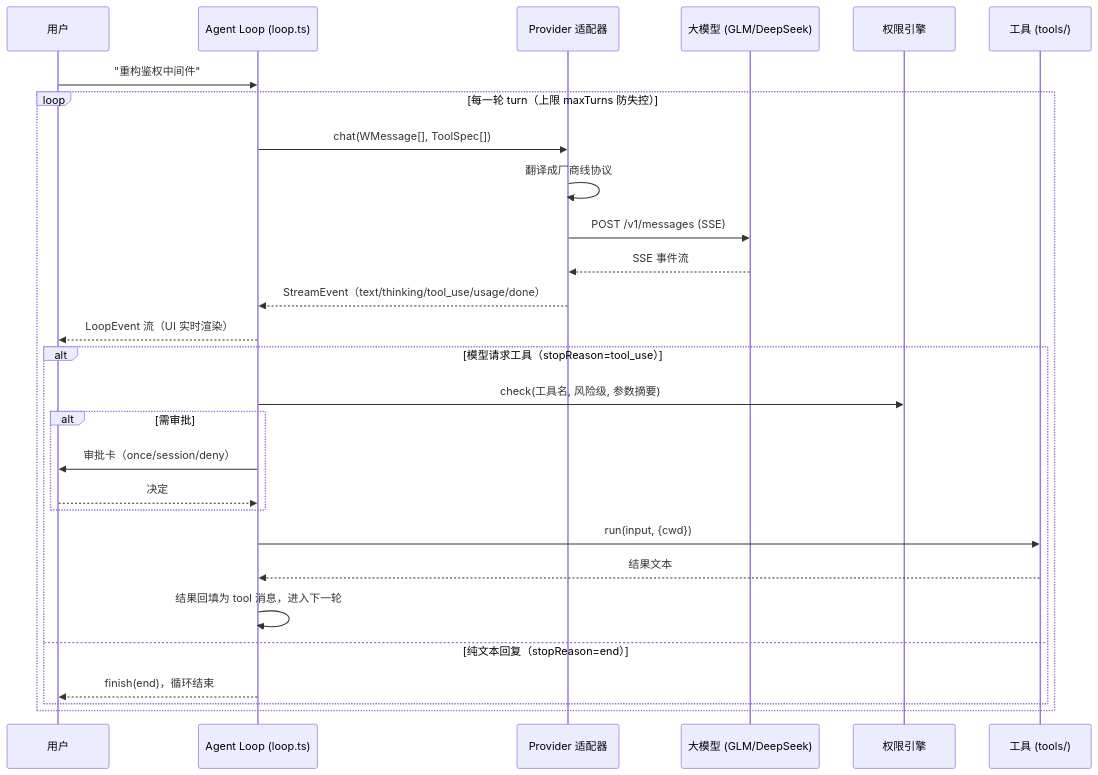
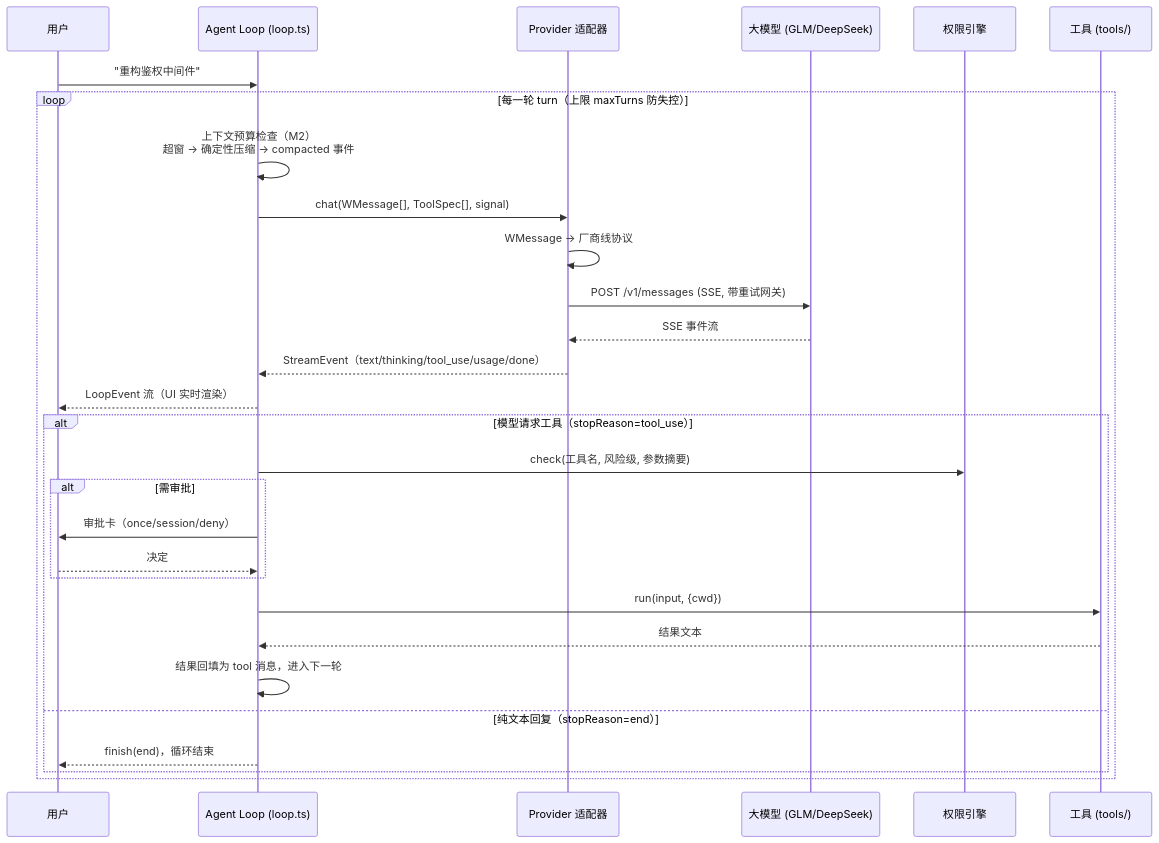
The first of 3 diagrams in docs/articles/02-Agent-Loop解剖.md (wsj502/water-ai-harness), drawn with Mermaid before and after one commit. The commit also changed other lines of this file and 4 other files, not shown here.

````diff
--- a/docs/articles/02-Agent-Loop解剖.md
+++ b/docs/articles/02-Agent-Loop解剖.md
@@ -8,31 +9,32 @@
 ```mermaid
 sequenceDiagram
     participant U as 用户
     participant L as Agent Loop (loop.ts)
     participant A as Provider 适配器
     participant M as 大模型 (GLM/DeepSeek)
     participant P as 权限引擎
     participant T as 工具 (tools/)
 
     U->>L: "重构鉴权中间件"
     loop 每一轮 turn（上限 maxTurns 防失控）
-        L->>A: chat(WMessage[], ToolSpec[])
-        A->>A: 翻译成厂商线协议
-        A->>M: POST /v1/messages (SSE)
+        L->>L: 上下文预算检查（M2）<br/>超窗 → 确定性压缩 → compacted 事件
+        L->>A: chat(WMessage[], ToolSpec[], signal)
+        A->>A: WMessage → 厂商线协议
+        A->>M: POST /v1/messages (SSE, 带重试网关)
         M-->>A: SSE 事件流
         A-->>L: StreamEvent（text/thinking/tool_use/usage/done）
         L-->>U: LoopEvent 流（UI 实时渲染）
         alt 模型请求工具（stopReason=tool_use）
             L->>P: check(工具名, 风险级, 参数摘要)
             alt 需审批
                 L->>U: 审批卡（once/session/deny）
                 U-->>L: 决定
             end
             L->>T: run(input, {cwd})
             T-->>L: 结果文本
             L->>L: 结果回填为 tool 消息，进入下一轮
         else 纯文本回复（stopReason=end）
             L-->>U: finish(end)，循环结束
         end
     end
 ```
````
